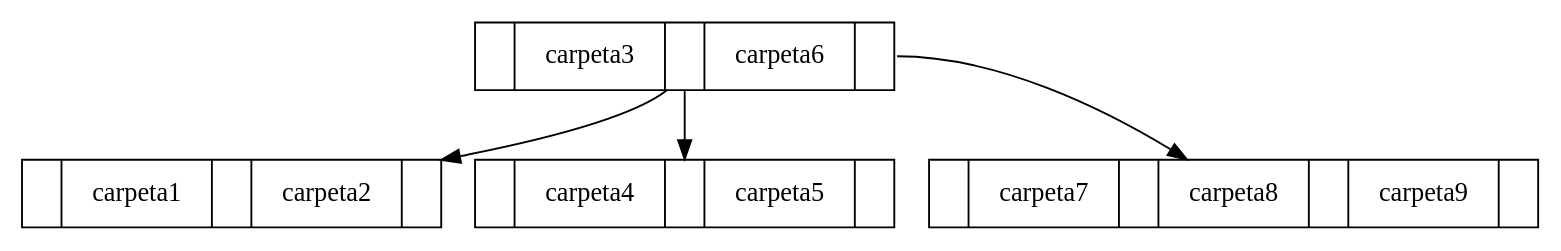
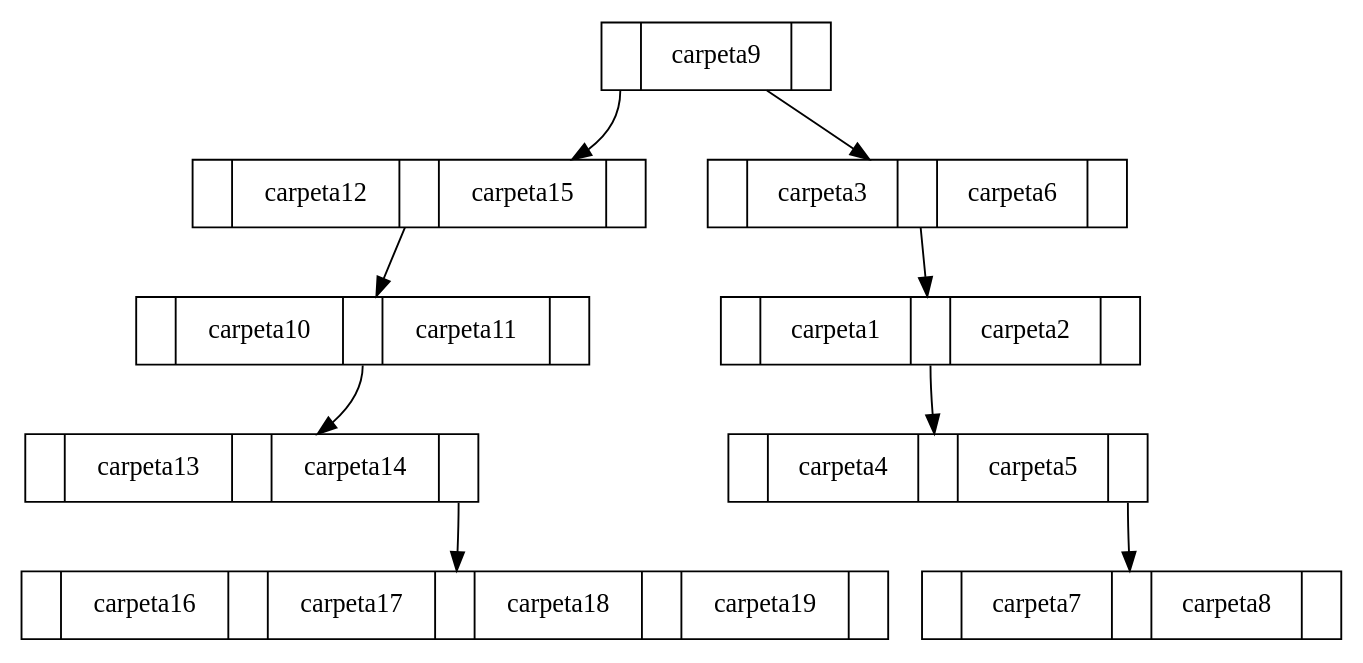
Before and after one commit to samuel26jimenez/Proyecto2s12017_200714558_200925238: the diagram in Proyecto2_Edd/Estructuras_Python/CalendarDriver/grafica_BCarpeta.dot, drawn with Graphviz. The commit also changed 4 other files, not shown here.

```diff
--- a/Proyecto2_Edd/Estructuras_Python/CalendarDriver/grafica_BCarpeta.dot
+++ b/Proyecto2_Edd/Estructuras_Python/CalendarDriver/grafica_BCarpeta.dot
@@ -1,12 +1,22 @@
 
 digraph G{
 
  node [shape=record] ;
-Nodo0[label="<PO>|carpeta3|<P1>|carpeta6|<P2>"];
+Nodo0[label="<P1>|carpeta9|<P1>"];
 Nodo0:P0 -> Nodo1;
-Nodo1[label="<PO>|carpeta1|<P1>|carpeta2|<P2>"];
-Nodo0:P1 -> Nodo2;
-Nodo2[label="<PO>|carpeta4|<P1>|carpeta5|<P2>"];
-Nodo0:P2 -> Nodo3;
-Nodo3[label="<PO>|carpeta7|<P1>|carpeta8|<P2>|carpeta9|<P3>"];
+Nodo1[label="<PO>|carpeta3|<P1>|carpeta6|<P2>"];
+Nodo1:P0 -> Nodo2;
+Nodo2[label="<PO>|carpeta1|<P1>|carpeta2|<P2>"];
+Nodo2:P1 -> Nodo3;
+Nodo3[label="<PO>|carpeta4|<P1>|carpeta5|<P2>"];
+Nodo3:P2 -> Nodo4;
+Nodo4[label="<PO>|carpeta7|<P1>|carpeta8|<P2>"];
+Nodo0:P1 -> Nodo5;
+Nodo5[label="<PO>|carpeta12|<P1>|carpeta15|<P2>"];
+Nodo5:P0 -> Nodo6;
+Nodo6[label="<PO>|carpeta10|<P1>|carpeta11|<P2>"];
+Nodo6:P1 -> Nodo7;
+Nodo7[label="<PO>|carpeta13|<P1>|carpeta14|<P2>"];
+Nodo7:P2 -> Nodo8;
+Nodo8[label="<PO>|carpeta16|<P1>|carpeta17|<P2>|carpeta18|<P3>|carpeta19|<P4>"];
 }
```
